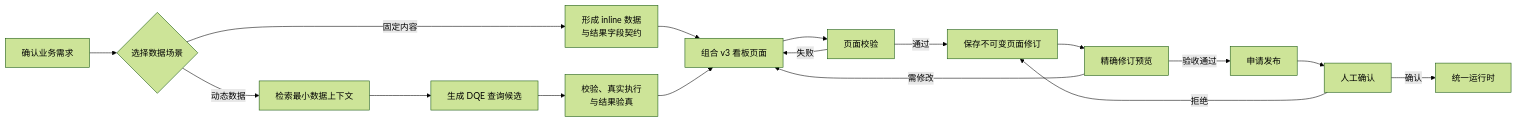
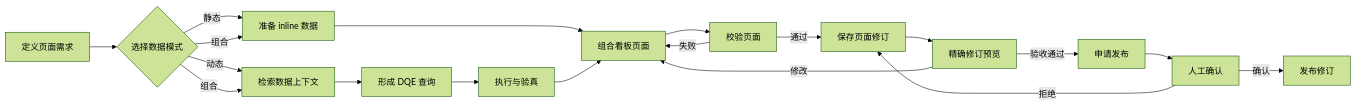
The diagram in docs/dashboard-page-building-process.md (CCharlesMeng/MetricCanvas), drawn with Mermaid (forest theme) before and after one commit. The commit also changed other lines of this file and 10 other files, not shown here.

````diff
--- a/docs/dashboard-page-building-process.md
+++ b/docs/dashboard-page-building-process.md
@@ -9,33 +13,35 @@
 ```mermaid
 flowchart LR
-    REQUIREMENT["确认业务需求"]
-    MODE{"选择数据场景"}
-    INLINE["形成 inline 数据<br/>与结果字段契约"]
-    CONTEXT["检索最小数据上下文"]
-    QUERY["生成 DQE 查询候选"]
-    VERIFY["校验、真实执行<br/>与结果验真"]
-    COMPOSE["组合 v3 看板页面"]
-    VALIDATE["页面校验"]
-    SAVE["保存不可变页面修订"]
+    REQUIREMENT["定义页面需求"]
+    MODE{"选择数据模式"}
+    INLINE["准备 inline 数据"]
+    CONTEXT["检索数据上下文"]
+    QUERY["形成 DQE 查询"]
+    VERIFY["执行与验真"]
+    PAGE["组合看板页面"]
+    VALIDATE["校验页面"]
+    SAVE["保存页面修订"]
     PREVIEW["精确修订预览"]
-    PUBLISH["申请发布"]
+    REQUEST["申请发布"]
     CONFIRM["人工确认"]
-    RUNTIME["统一运行时"]
+    PUBLISHED["发布修订"]
 
     REQUIREMENT --> MODE
-    MODE -->|"固定内容"| INLINE
-    MODE -->|"动态数据"| CONTEXT
+    MODE -->|"静态"| INLINE
+    MODE -->|"动态"| CONTEXT
+    MODE -->|"组合"| INLINE
+    MODE -->|"组合"| CONTEXT
     CONTEXT --> QUERY
     QUERY --> VERIFY
-    INLINE --> COMPOSE
-    VERIFY --> COMPOSE
-    COMPOSE --> VALIDATE
-    VALIDATE -->|"失败"| COMPOSE
+    INLINE --> PAGE
+    VERIFY --> PAGE
+    PAGE --> VALIDATE
     VALIDATE -->|"通过"| SAVE
+    VALIDATE -->|"失败"| PAGE
     SAVE --> PREVIEW
-    PREVIEW -->|"需修改"| COMPOSE
-    PREVIEW -->|"验收通过"| PUBLISH
-    PUBLISH --> CONFIRM
+    PREVIEW -->|"修改"| PAGE
+    PREVIEW -->|"验收通过"| REQUEST
+    REQUEST --> CONFIRM
+    CONFIRM -->|"确认"| PUBLISHED
     CONFIRM -->|"拒绝"| SAVE
-    CONFIRM -->|"确认"| RUNTIME
 ```
````
